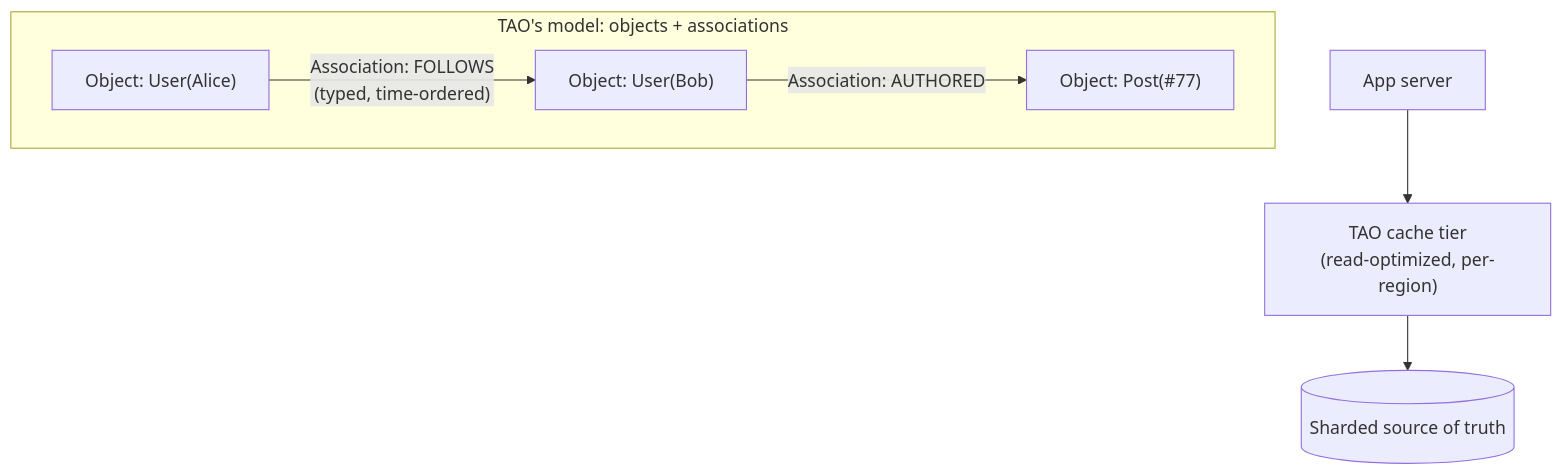
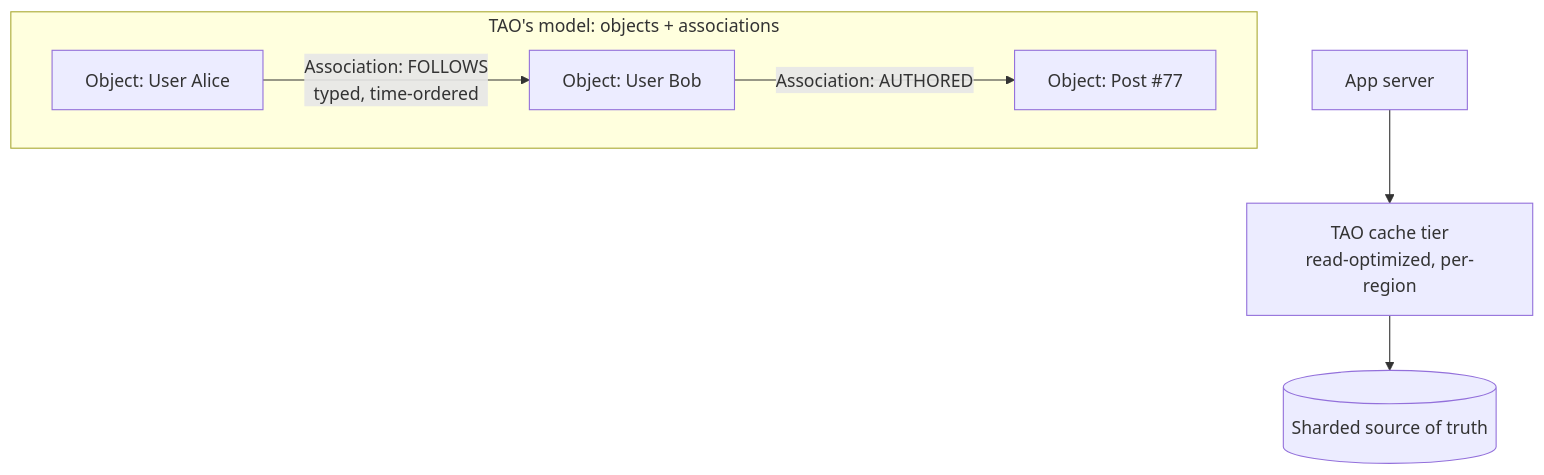
Before and after one commit to riyaz-pasha/Learnings: the fourth of 13 diagrams in system-design/HLD/0-course/33-Design-Instagram-FAANG-Guide-story.md, drawn with Mermaid. The commit also changed other lines of this file and 5 other files, not shown here.

Commit message:
[REWRITE] Design Newsfeed story guide: simplify prose, add structure, fix diagrams

````diff
--- a/system-design/HLD/0-course/33-Design-Instagram-FAANG-Guide-story.md
+++ b/system-design/HLD/0-course/33-Design-Instagram-FAANG-Guide-story.md
@@ -105,12 +269,12 @@
 ```mermaid
-graph TD
-    subgraph "TAO's model: objects + associations"
-        U1["Object: User(Alice)"]
-        U2["Object: User(Bob)"]
-        P1["Object: Post(#77)"]
-        U1 -- "Association: FOLLOWS\n(typed, time-ordered)" --> U2
-        U2 -- "Association: AUTHORED" --> P1
+flowchart TD
+    subgraph TAO["TAO's model: objects + associations"]
+        U1["Object: User Alice"]
+        U2["Object: User Bob"]
+        P1["Object: Post #77"]
+        U1 -->|"Association: FOLLOWS<br/>typed, time-ordered"| U2
+        U2 -->|"Association: AUTHORED"| P1
     end
-    App["App server"] --> Cache["TAO cache tier\n(read-optimized, per-region)"]
+    App["App server"] --> Cache["TAO cache tier<br/>read-optimized, per-region"]
     Cache --> DB[("Sharded source of truth")]
 ```
````
